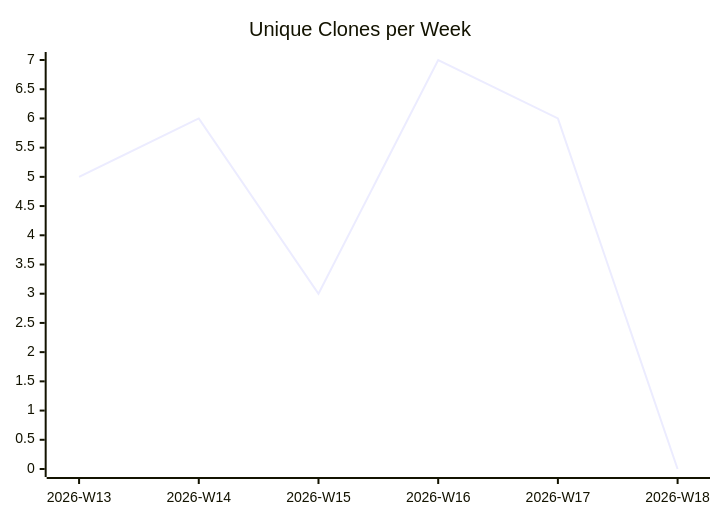
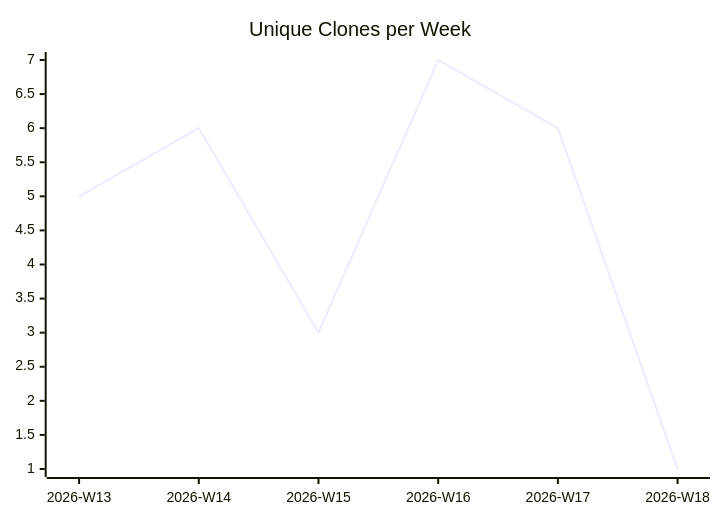
Before and after one commit to justdavis-family/github-analytics-data: the third of 3 diagrams in karlmdavis/kxml2/README.md, drawn with Mermaid. The commit also changed other lines of this file and 184 other files, not shown here.

````diff
--- a/karlmdavis/kxml2/README.md
+++ b/karlmdavis/kxml2/README.md
@@ -19,6 +19,6 @@
 ```mermaid
 xychart-beta
   title "Unique Clones per Week"
   x-axis ["2026-W13", "2026-W14", "2026-W15", "2026-W16", "2026-W17", "2026-W18"]
-  line [5, 6, 3, 7, 6, 0]
+  line [5, 6, 3, 7, 6, 1]
 ```
````
